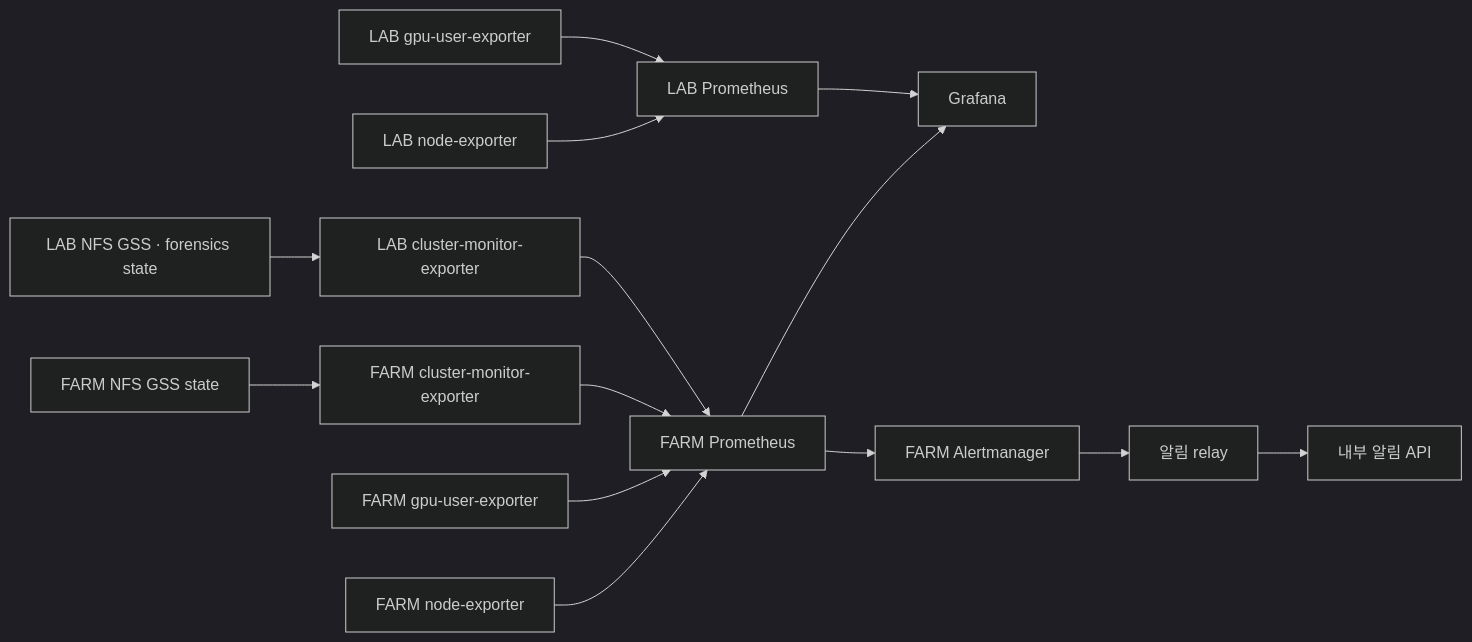
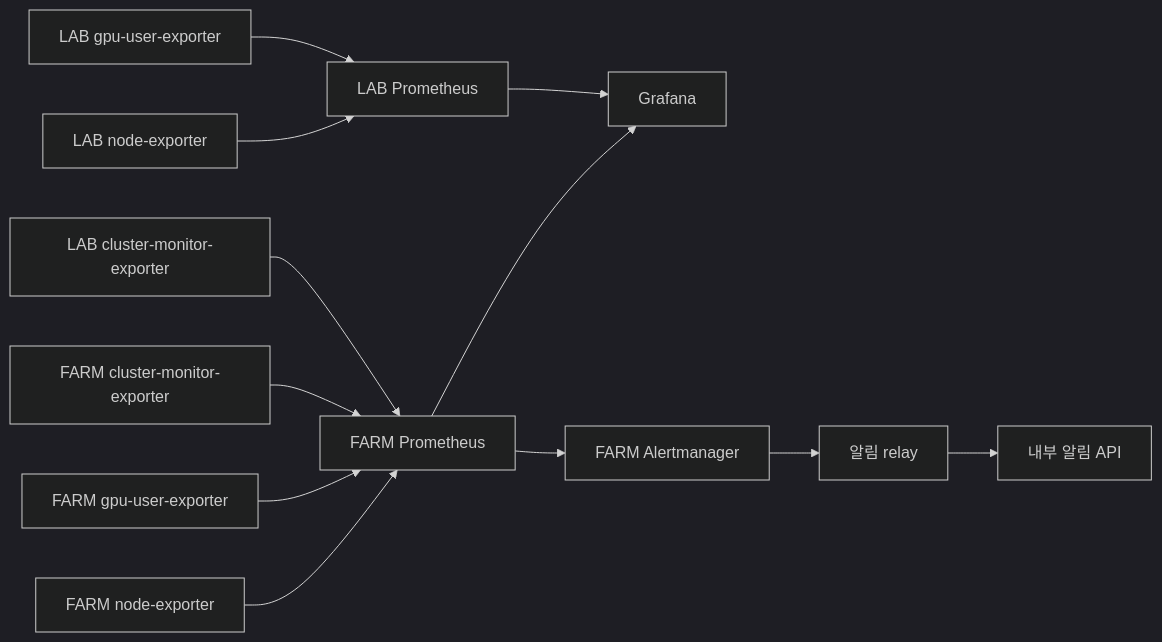
Before and after one commit to CSID-DGU/admin_wiki: the diagram in md/system/monitoring/design.md, drawn with Mermaid (dark theme). The commit also changed other lines of this file and 1 other file, not shown here.

Commit message:
docs: remove temporary NFS monitoring design

````diff
--- a/md/system/monitoring/design.md
+++ b/md/system/monitoring/design.md
@@ -40,16 +36,14 @@
 ```mermaid
 flowchart LR
     NODE_F["FARM node-exporter"] --> PF["FARM Prometheus"]
     NODE_L["LAB node-exporter"] --> PL["LAB Prometheus"]
     GPU_F["FARM gpu-user-exporter"] --> PF
     GPU_L["LAB gpu-user-exporter"] --> PL
-    GSS_F["FARM NFS GSS state"] --> CM_F["FARM cluster-monitor-exporter"]
-    GSS_L["LAB NFS GSS · forensics state"] --> CM_L["LAB cluster-monitor-exporter"]
-    CM_F --> PF
-    CM_L --> PF
+    CM_F["FARM cluster-monitor-exporter"] --> PF
+    CM_L["LAB cluster-monitor-exporter"] --> PF
     PF --> GRAFANA["Grafana"]
     PL --> GRAFANA
     PF --> ALERT["FARM Alertmanager"]
     ALERT --> RELAY["알림 relay"]
     RELAY --> API["내부 알림 API"]
 ```
````
